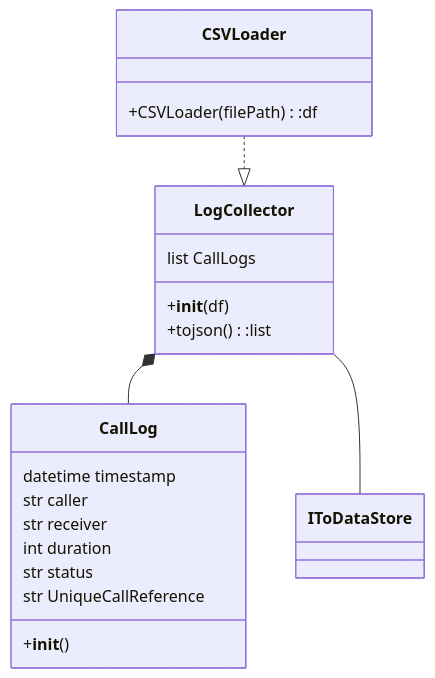
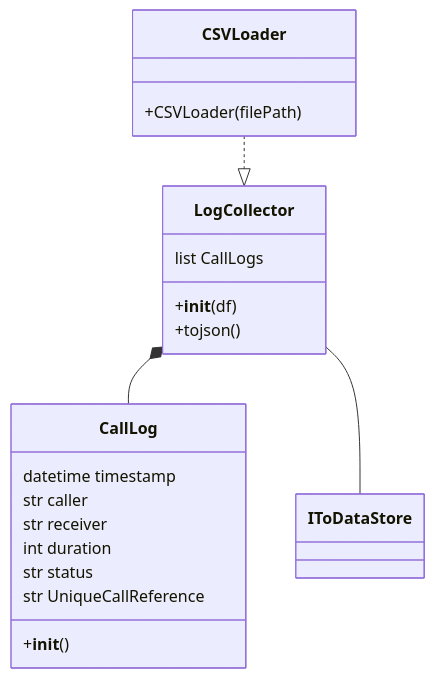
Before and after one commit to Davide-OttoneCasagrande/Call-Log-Handler: the diagram in docs/drs.md, drawn with Mermaid.

Commit message:
Removed type annotations from method signatures in drs.md
due to current GitHub Mermaid version that doesn't support them

```diff
--- a/docs/drs.md
+++ b/docs/drs.md
@@ -92,30 +92,30 @@
 ::: mermaid
 classDiagram
 
     CSVLoader ..|> LogCollector
     LogCollector *-- CallLog
     LogCollector -- IToDataStore
 
     class CSVLoader {
-        +CSVLoader(filePath):df
+        +CSVLoader(filePath)
     }
 
     class LogCollector {
         list CallLogs 
         +__init__(df)
-        +tojson():list
+        +tojson()
     }
 
     class CallLog {
         datetime timestamp
         str caller
         str receiver
         int duration
         str status
         str UniqueCallReference
         +__init__()
     }
 
     class IToDataStore {
     }
 :::
```
